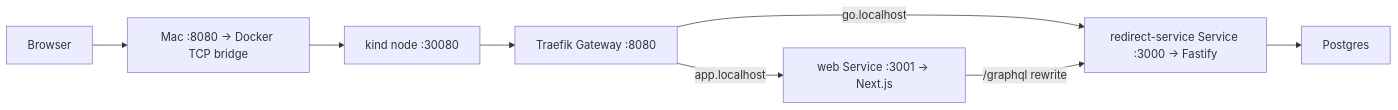
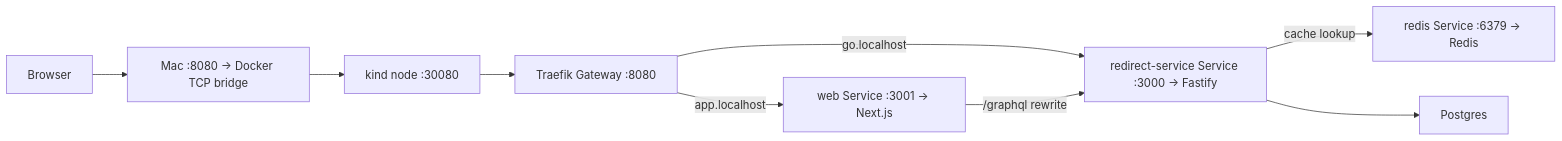
The diagram in README.md (dentuzhik/shortlink), drawn with Mermaid before and after one commit. The commit also changed other lines of this file and 3 other files, not shown here.

Commit message:
Deploy shared Redis cache in local Kubernetes

````diff
--- a/README.md
+++ b/README.md
@@ -85,10 +85,11 @@
 ```mermaid
 flowchart LR
   Browser --> Bridge["Mac :8080 → Docker TCP bridge"]
   Bridge --> NodePort["kind node :30080"]
   NodePort --> Gateway["Traefik Gateway :8080"]
   Gateway -->|app.localhost| Web["web Service :3001 → Next.js"]
   Gateway -->|go.localhost| API["redirect-service Service :3000 → Fastify"]
   Web -->|/graphql rewrite| API
+  API -->|cache lookup| Redis["redis Service :6379 → Redis"]
   API --> Postgres
 ```
````
